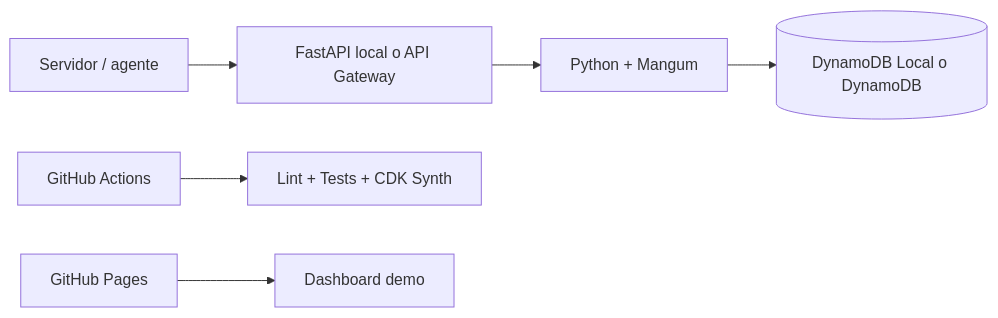
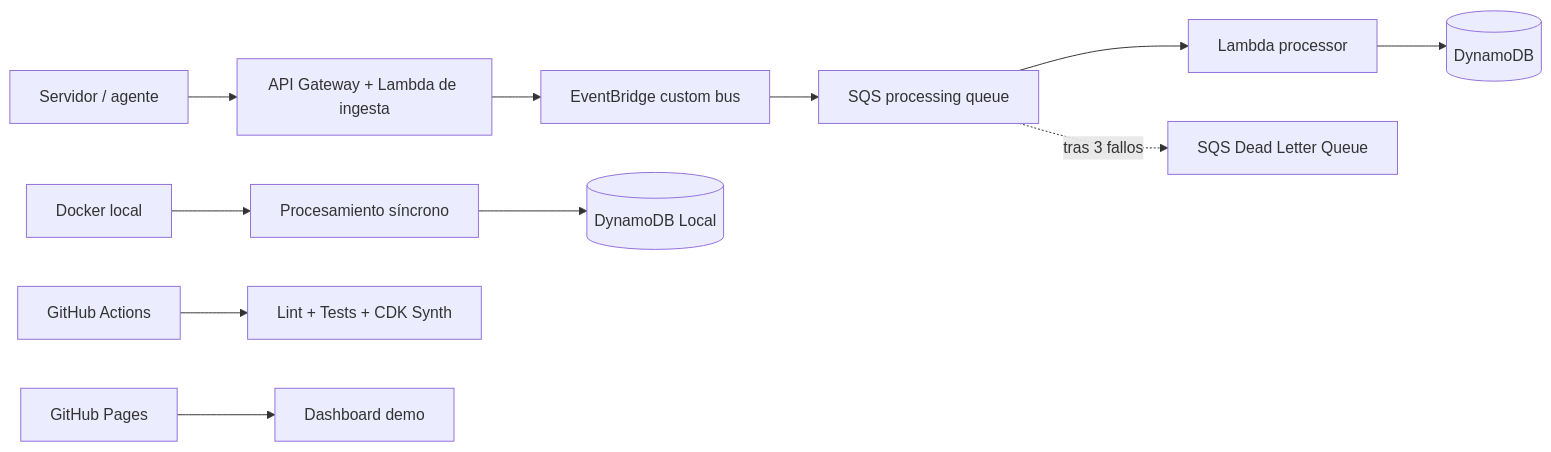
Before and after one commit to fermarfer1982/aws-cloudops-incident-hub: the diagram in README.md, drawn with Mermaid. The commit also changed other lines of this file and 18 other files, not shown here.

````diff
--- a/README.md
+++ b/README.md
@@ -23,8 +25,13 @@
 ```mermaid
 flowchart LR
-    S[Servidor / agente] --> API[FastAPI local o API Gateway]
-    API --> APP[Python + Mangum]
-    APP --> DB[(DynamoDB Local o DynamoDB)]
+    S[Servidor / agente] --> API[API Gateway + Lambda de ingesta]
+    API --> EB[EventBridge custom bus]
+    EB --> Q[SQS processing queue]
+    Q --> P[Lambda processor]
+    Q -. tras 3 fallos .-> DLQ[SQS Dead Letter Queue]
+    P --> DB[(DynamoDB)]
+    LOCAL[Docker local] --> DIRECT[Procesamiento síncrono]
+    DIRECT --> DDBL[(DynamoDB Local)]
     GH[GitHub Actions] --> CI[Lint + Tests + CDK Synth]
-    P[GitHub Pages] --> UI[Dashboard demo]
+    PAGES[GitHub Pages] --> UI[Dashboard demo]
 ```
````
